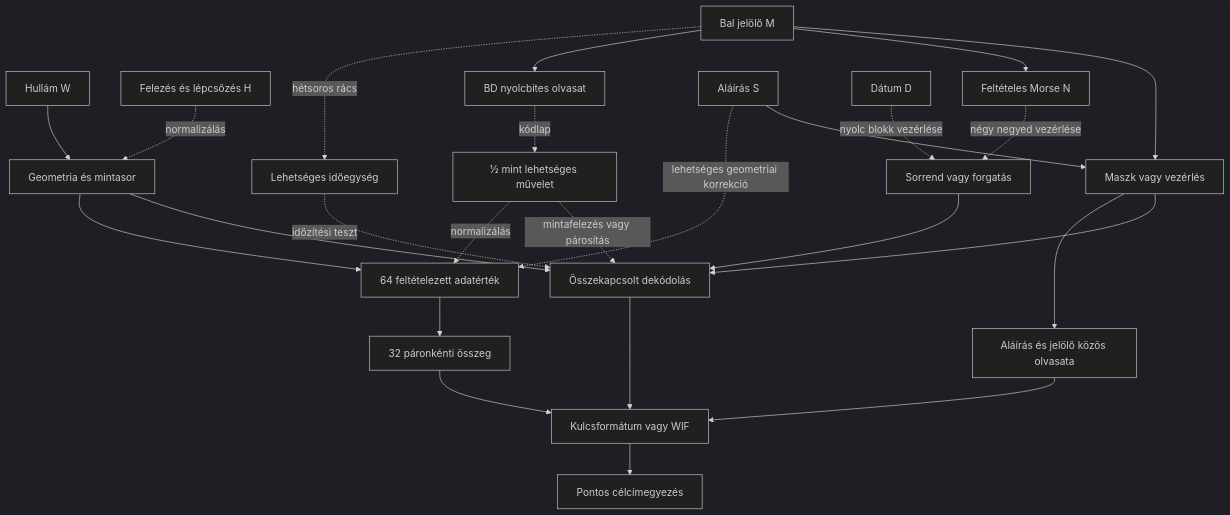
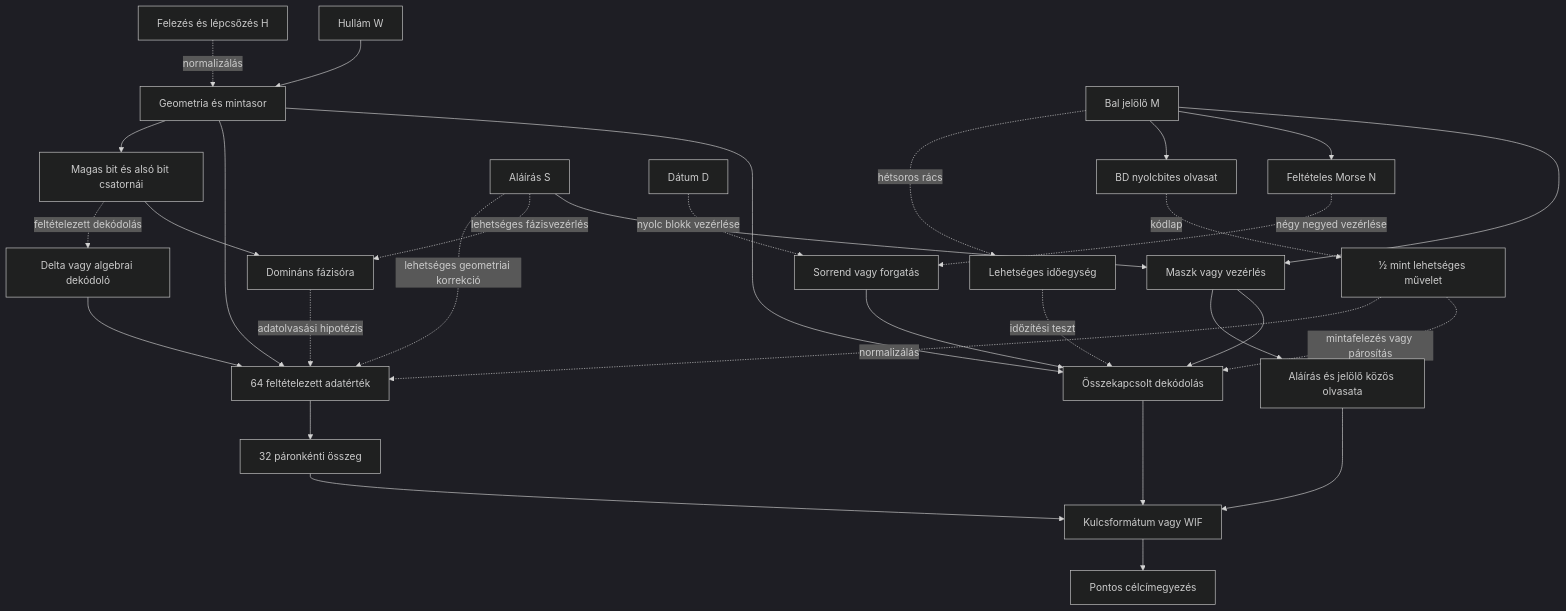
The diagram in research/HYPOTHESES.md (zsebehazyz/HALV), drawn with Mermaid (dark theme) before and after one commit. The commit also changed other lines of this file and 20 other files, not shown here.

````diff
--- a/research/HYPOTHESES.md
+++ b/research/HYPOTHESES.md
@@ -21,27 +22,33 @@
 ```mermaid
 flowchart TD
     W[Hullám W] --> R[Geometria és mintasor]
     H[Felezés és lépcsőzés H] -. normalizálás .-> R
     M[Bal jelölő M] --> MASK[Maszk vagy vezérlés]
     M --> N[Feltételes Morse N]
     M --> B[BD nyolcbites olvasat]
     B -. kódlap .-> HALF[½ mint lehetséges művelet]
     HALF -. mintafelezés vagy párosítás .-> JOIN
     M -. hétsoros rács .-> CLOCK[Lehetséges időegység]
     CLOCK -. időzítési teszt .-> JOIN
     S[Aláírás S] --> MASK
     D[Dátum D] -. nyolc blokk vezérlése .-> ORDER[Sorrend vagy forgatás]
     N -. négy negyed vezérlése .-> ORDER
     R --> JOIN[Összekapcsolt dekódolás]
     MASK --> JOIN
     ORDER --> JOIN
     MASK --> SM[Aláírás és jelölő közös olvasata]
     JOIN --> F[Kulcsformátum vagy WIF]
     R --> CELLS[64 feltételezett adatérték]
+    R --> BITS[Magas bit és alsó bit csatornái]
+    BITS --> PHASE[Domináns fázisóra]
+    S -. lehetséges fázisvezérlés .-> PHASE
+    PHASE -. adatolvasási hipotézis .-> CELLS
+    BITS -. feltételezett dekódolás .-> CODEC[Delta vagy algebrai dekódoló]
+    CODEC --> CELLS
     HALF -. normalizálás .-> CELLS
     S -. lehetséges geometriai korrekció .-> CELLS
     CELLS --> SUM[32 páronkénti összeg]
     SUM --> F
     SM --> F
     F --> A[Pontos célcímegyezés]
 ```
````
